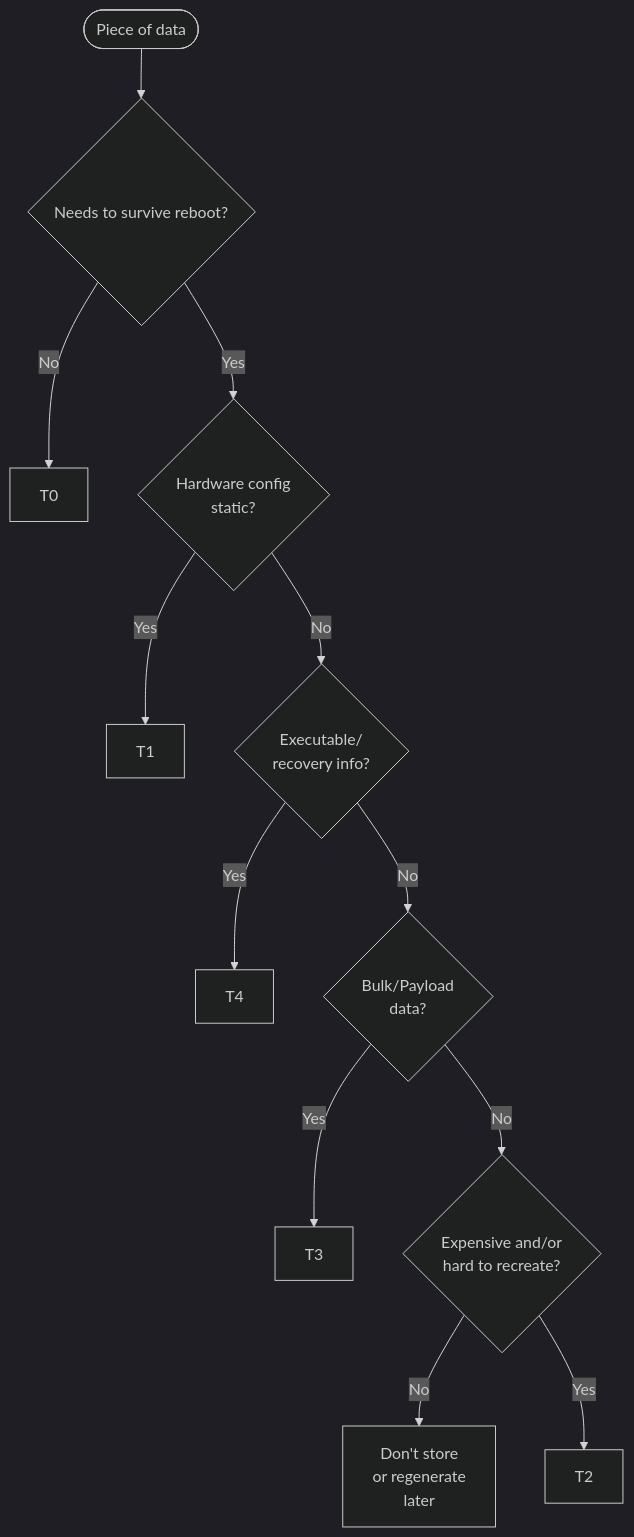
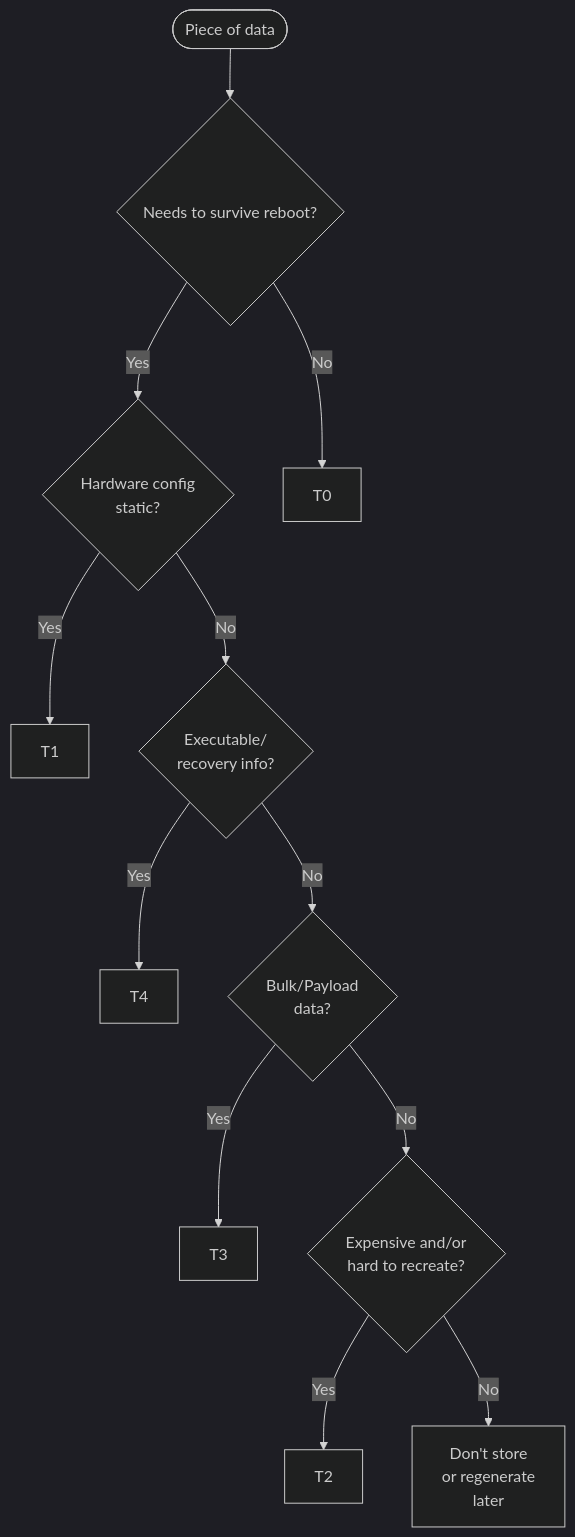
The second of 3 diagrams in docs/Core/FlightComputerMemory.md (UWCubeSat/hs2-software-design), drawn with Mermaid (dark theme) before and after one commit. The commit also changed other lines of this file, not shown here.

````diff
--- a/docs/Core/FlightComputerMemory.md
+++ b/docs/Core/FlightComputerMemory.md
@@ -37,18 +38,18 @@
 ```mermaid
 flowchart TD
     Start([Piece of data]) --> Q1{Needs to survive reboot?}
+    Q1 -- Yes --> Q2{Hardware config <br/> static?}
     Q1 -- No --> T0[T0]
-    Q1 -- Yes --> Q2{Hardware config <br/> static?}
     
     Q2 -- Yes --> T1[T1]
     Q2 -- No --> Q3{Executable/ <br/> recovery info?}
     
     Q3 -- Yes --> T4[T4]
     Q3 -- No --> Q4{Bulk/Payload <br/> data?}
     
     Q4 -- Yes --> T3_choice[T3]
     Q4 -- No --> Q5{Expensive and/or <br/> hard to recreate?}
     
+    Q5 -- Yes --> T2[T2]
     Q5 -- No --> Drop[Don't store <br/> or regenerate <br/> later]
-    Q5 -- Yes --> T2[T2]
 ```
````
